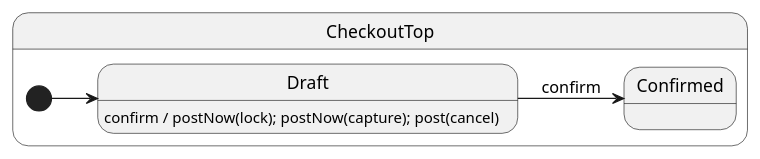
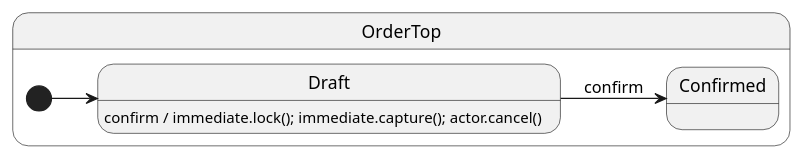
The diagram in packages/ihsm/examples/17-post-now/README.md (filasieno/ihsm), drawn with PlantUML before and after one commit. The commit also changed other lines of this file and 308 other files, not shown here.

````diff
--- a/packages/ihsm/examples/17-post-now/README.md
+++ b/packages/ihsm/examples/17-post-now/README.md
@@ -15,10 +15,10 @@
 ```plantuml
 @startuml
 left to right direction
-state CheckoutTop {
+state OrderTop {
   [*] --> Draft
-  Draft : confirm / postNow(lock); postNow(capture); post(cancel)
+  Draft : confirm / immediate.lock(); immediate.capture(); actor.cancel()
   Draft --> Confirmed : confirm
 }
 @enduml
 ```
````
